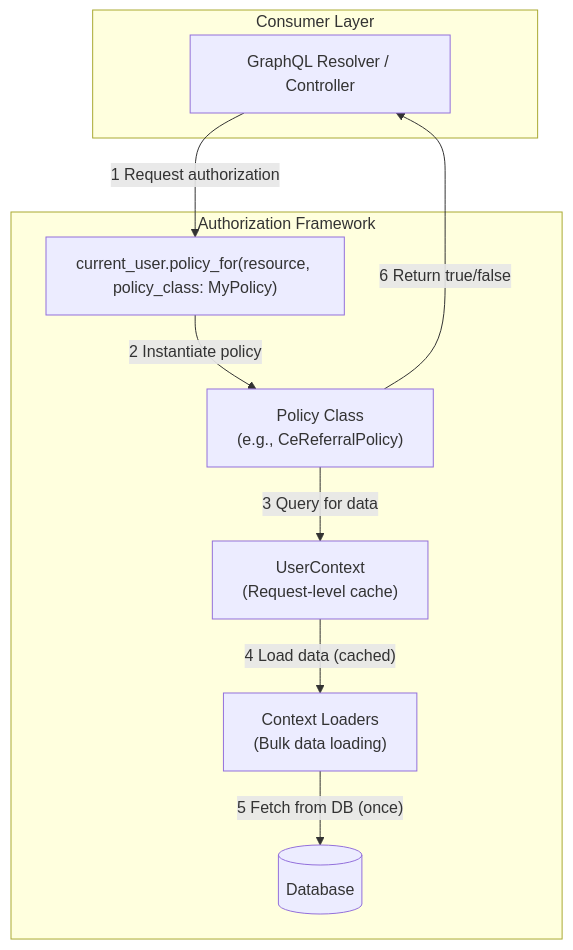
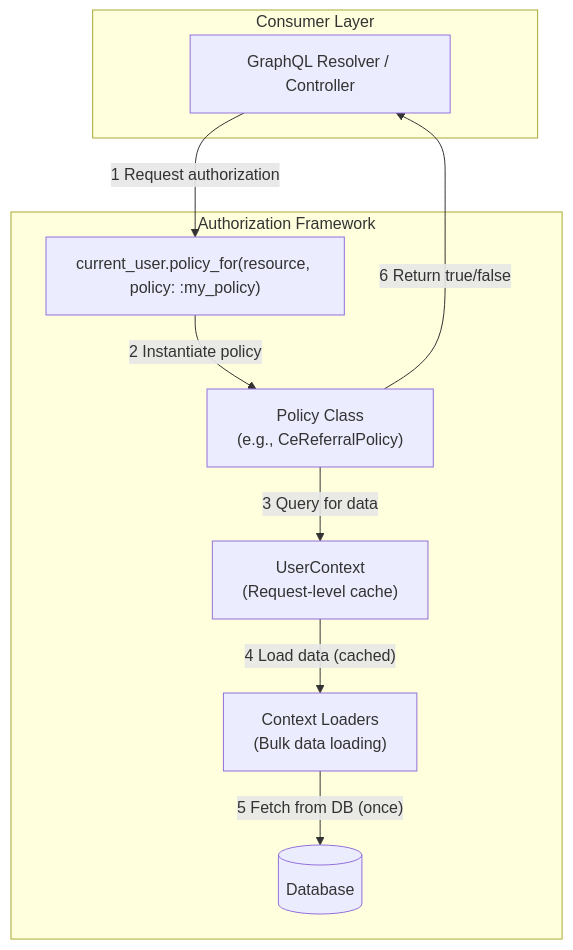
The diagram in drivers/hmis/app/models/hmis/auth_policies/README.md (greenriver/hmis-warehouse), drawn with Mermaid before and after one commit. The commit also changed other lines of this file and 15 other files, not shown here.

````diff
--- a/drivers/hmis/app/models/hmis/auth_policies/README.md
+++ b/drivers/hmis/app/models/hmis/auth_policies/README.md
@@ -54,21 +54,21 @@
 ```mermaid
 graph TD;
     subgraph Consumer Layer
         A[GraphQL Resolver / Controller]
     end
 
     subgraph Authorization Framework
-        B["current_user.policy_for(resource, policy_class: MyPolicy)"]
+        B["current_user.policy_for(resource, policy: :my_policy)"]
         C["Policy Class<br>(e.g., CeReferralPolicy)"]
         D["UserContext<br>(Request-level cache)"]
         E["Context Loaders<br>(Bulk data loading)"]
         F[(Database)]
     end
 
     A -->|"1 Request authorization"| B;
     B -->|"2 Instantiate policy"| C;
     C -->|"3 Query for data"| D;
     D -->|"4 Load data (cached)"| E;
     E -->|"5 Fetch from DB (once)"| F;
     C -->|"6 Return true/false"| A;
 ```
````
